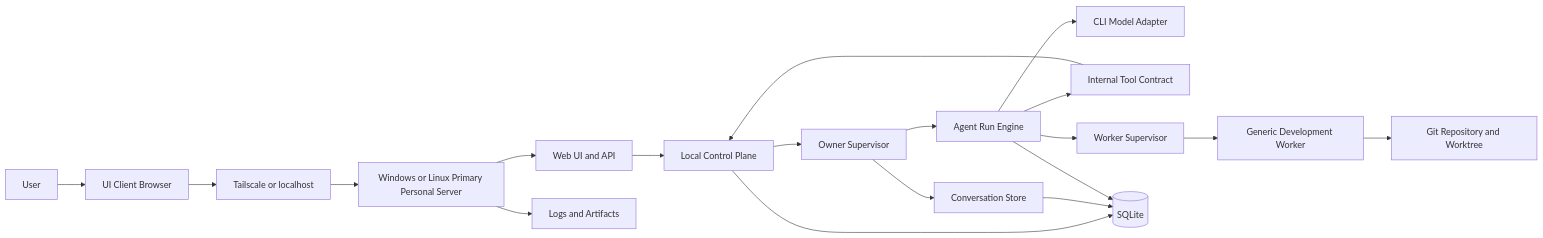
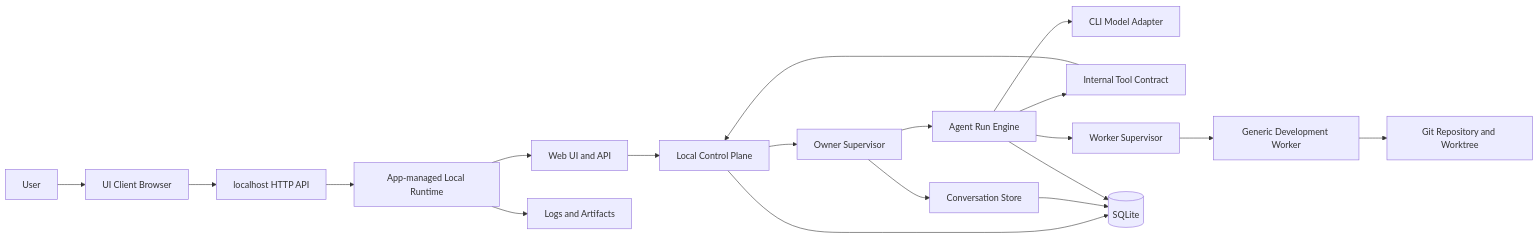
The first of 2 diagrams in 02 Architecture/System Context.md (powerpunch080403/ai-development-platform-design), drawn with Mermaid before and after one commit. The commit also changed other lines of this file and 8 other files, not shown here.

Commit message:
docs: define personal runtime account device and session model

````diff
--- a/02 Architecture/System Context.md
+++ b/02 Architecture/System Context.md
@@ -24,21 +25,21 @@
 ```mermaid
 flowchart LR
     User[User] --> Browser["UI Client Browser"]
-    Browser --> Tail["Tailscale or localhost"]
-    Tail --> PPS["Windows or Linux Primary Personal Server"]
+    Browser --> Transport["localhost HTTP API"]
+    Transport --> PPS["App-managed Local Runtime"]
     PPS --> Web["Web UI and API"]
     Web --> LCP[Local Control Plane]
     LCP --> OwnerSupervisor[Owner Supervisor]
     OwnerSupervisor --> ConversationStore[Conversation Store]
     OwnerSupervisor --> RunEngine[Agent Run Engine]
     RunEngine --> CLI["CLI Model Adapter"]
     RunEngine --> Tools["Internal Tool Contract"]
     Tools --> LCP
     RunEngine --> Supervisor[Worker Supervisor]
     Supervisor --> Worker["Generic Development Worker"]
     LCP --> LocalSQLite[(SQLite)]
     ConversationStore --> LocalSQLite
     RunEngine --> LocalSQLite
     Worker --> Workspace["Git Repository and Worktree"]
     PPS --> Logs["Logs and Artifacts"]
 ```
````
